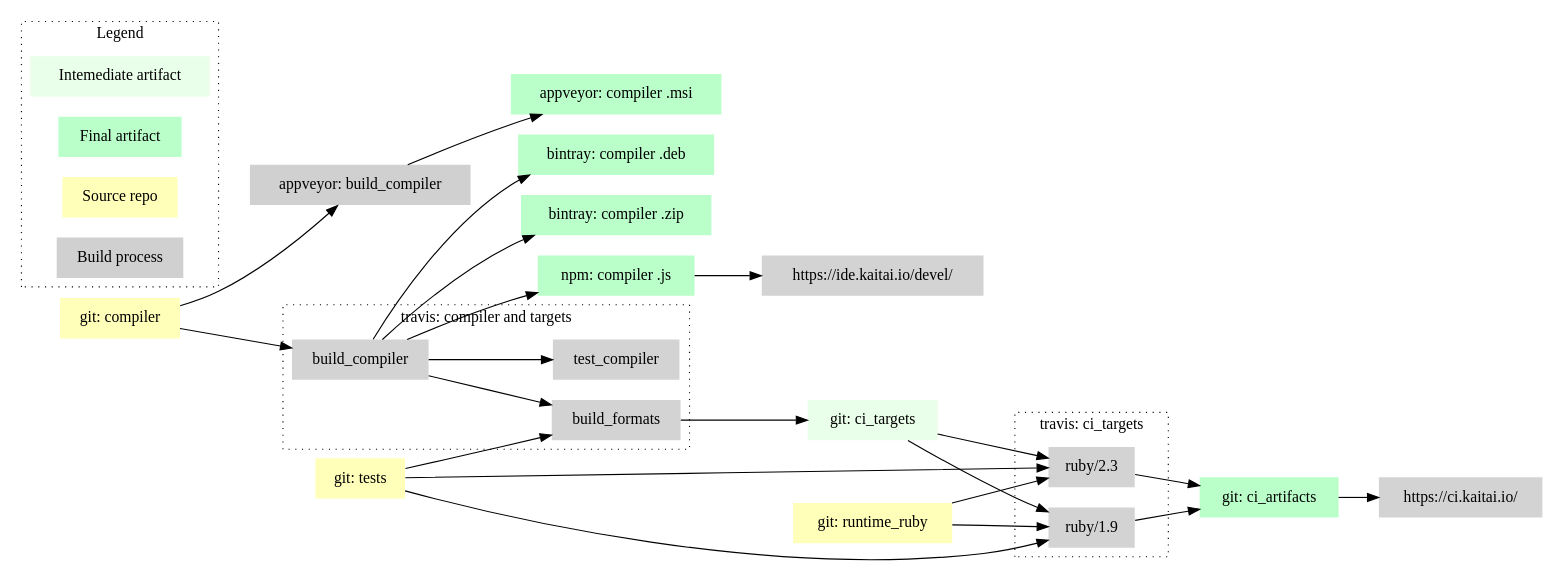
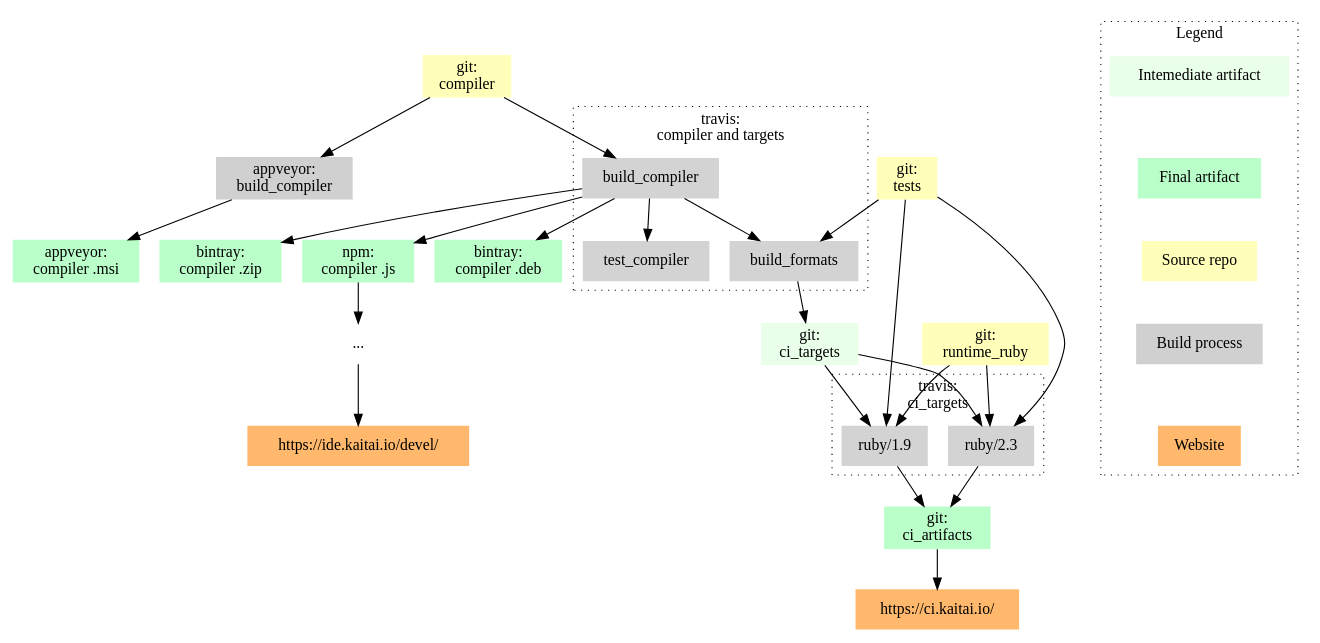
One commit to kaitai-io/kaitai_struct_doc changed the diagram in dot/ci_overview.dot. Above: the diagram before and after it, drawn with Graphviz.

Commit message:
Slightly better CI overview scheme: rotated, cleaned up, added more colors

```diff
--- a/dot/ci_overview.dot
+++ b/dot/ci_overview.dot
@@ -1,64 +1,65 @@
 digraph {
-	rankdir=LR;
+	rankdir=TB;
 	compound=true;
 	node [shape=plaintext, style=filled];
 
-	git_compiler [label="git: compiler",fillcolor="#ffffba",href="https://github.com/kaitai-io/kaitai_struct_compiler"];
-	git_tests [label="git: tests",fillcolor="#ffffba",href="https://github.com/kaitai-io/kaitai_struct_tests"];
-	git_ci_artifacts [label="git: ci_artifacts",fillcolor="#baffc9",href="https://github.com/kaitai-io/ci_artifacts"];
+	git_compiler [label="git:\ncompiler",fillcolor="#ffffba",href="https://github.com/kaitai-io/kaitai_struct_compiler"];
+	git_tests [label="git:\ntests",fillcolor="#ffffba",href="https://github.com/kaitai-io/kaitai_struct_tests"];
+	git_ci_artifacts [label="git:\nci_artifacts",fillcolor="#baffc9",href="https://github.com/kaitai-io/ci_artifacts"];
+	git_runtime_ruby [label="git:\nruntime_ruby",fillcolor="#ffffba",href="https://github.com/kaitai-io/kaitai_struct_ruby_runtime"];
 
-	artifact_deb [label="bintray: compiler .deb",fillcolor="#baffc9",href="https://bintray.com/kaitai-io/debian_unstable/kaitai-struct-compiler"];
-	artifact_zip [label="bintray: compiler .zip",fillcolor="#baffc9",href="https://bintray.com/kaitai-io/universal_unstable/kaitai-struct-compiler"];
-	artifact_js [label="npm: compiler .js",fillcolor="#baffc9",href="https://www.npmjs.com/package/kaitai-struct-compiler"];
-	artifact_msi [label="appveyor: compiler .msi",fillcolor="#baffc9",href="https://ci.appveyor.com/project/GreyCat/kaitai-struct/build/artifacts"];
-	
-	artifact_ci_targets [label="git: ci_targets",fillcolor="#eaffe9",href="https://github.com/kaitai-io/ci_targets"];
+	artifact_deb [label="bintray:\ncompiler .deb",fillcolor="#baffc9",href="https://bintray.com/kaitai-io/debian_unstable/kaitai-struct-compiler"];
+	artifact_zip [label="bintray:\ncompiler .zip",fillcolor="#baffc9",href="https://bintray.com/kaitai-io/universal_unstable/kaitai-struct-compiler"];
+	artifact_js [label="npm:\ncompiler .js",fillcolor="#baffc9",href="https://www.npmjs.com/package/kaitai-struct-compiler"];
+	artifact_msi [label="appveyor:\ncompiler .msi",fillcolor="#baffc9",href="https://ci.appveyor.com/project/GreyCat/kaitai-struct/build/artifacts"];
 
-	build_compiler_appveyor [label="appveyor: build_compiler",fillcolor="#d0d0d0",href="https://ci.appveyor.com/project/GreyCat/kaitai-struct"];
+	artifact_ci_targets [label="git:\nci_targets",fillcolor="#eaffe9",href="https://github.com/kaitai-io/ci_targets"];
 
-	dashboard [label="https://ci.kaitai.io/",href="https://ci.kaitai.io/"];
-	web_ide_unstable [label="https://ide.kaitai.io/devel/",href="https://ide.kaitai.io/devel/"];
+	build_compiler_appveyor [label="appveyor:\nbuild_compiler",fillcolor="#d0d0d0",href="https://ci.appveyor.com/project/GreyCat/kaitai-struct"];
+
+	dashboard [label="https://ci.kaitai.io/",href="https://ci.kaitai.io/",fillcolor="#ffb86c"];
+	web_ide_unstable [label="https://ide.kaitai.io/devel/",href="https://ide.kaitai.io/devel/",fillcolor="#ffb86c"];
+
+	abridged_1 [label="...", style=none];
 
 	git_compiler -> build_compiler;
 	git_compiler -> build_compiler_appveyor -> artifact_msi;
 
-#	subgraph cluster_git_runtimes {
-#		graph[style=dotted];
-
-		git_runtime_ruby [label="git: runtime_ruby",fillcolor="#ffffba",href="https://github.com/kaitai-io/kaitai_struct_ruby_runtime"];
-#	}
 
 	subgraph cluster_build_compiler {
-		label="travis: compiler and targets";
+		label="travis:\ncompiler and targets";
 		graph[style=dotted];
 
 		build_compiler -> {test_compiler build_formats};
 	}
 
 	git_tests -> {build_formats build_ruby_1_9 build_ruby_2_3};
 	build_compiler -> {artifact_deb artifact_zip artifact_js};
 
 	subgraph cluster_travis_ci_targets {
-		label="travis: ci_targets";
+		label="travis:\nci_targets";
 		graph[style=dotted];
 
 		build_ruby_1_9 [label="ruby/1.9"];
 		build_ruby_2_3 [label="ruby/2.3"];
 	}
 
 	build_formats -> artifact_ci_targets -> {build_ruby_1_9 build_ruby_2_3} -> git_ci_artifacts -> dashboard;
 
 	git_runtime_ruby -> {build_ruby_1_9 build_ruby_2_3};
 
-	artifact_js -> web_ide_unstable;
+	artifact_js -> abridged_1 -> web_ide_unstable;
 
 	subgraph cluster_legend {
 		label="Legend";
 		graph[style=dotted];
 
 		legend_artifact_int [label="Intemediate artifact",fillcolor="#eaffe9"];
 		legend_artifact_final [label="Final artifact",fillcolor="#baffc9"];
 		legend_source [label="Source repo",fillcolor="#ffffba"];
 		legend_build [label="Build process",fillcolor="#d0d0d0"];
+		legend_website [label="Website",fillcolor="#ffb86c"];
+
+		legend_artifact_int -> legend_artifact_final -> legend_source -> legend_build -> legend_website [style=invis];
 	}
 }
```
